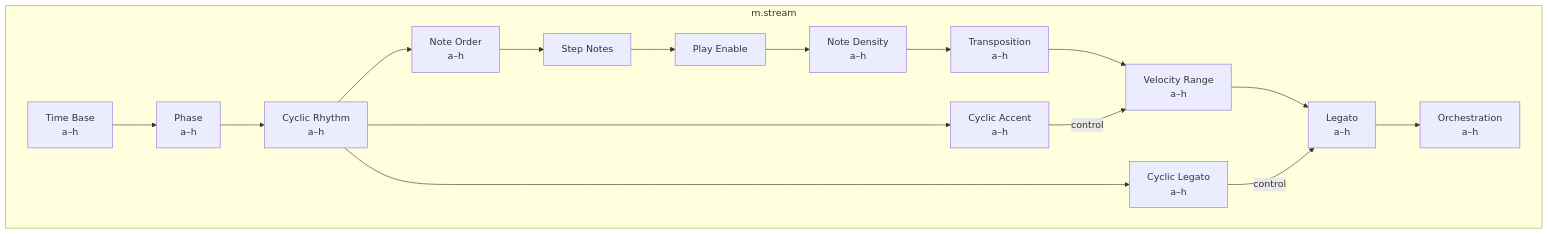
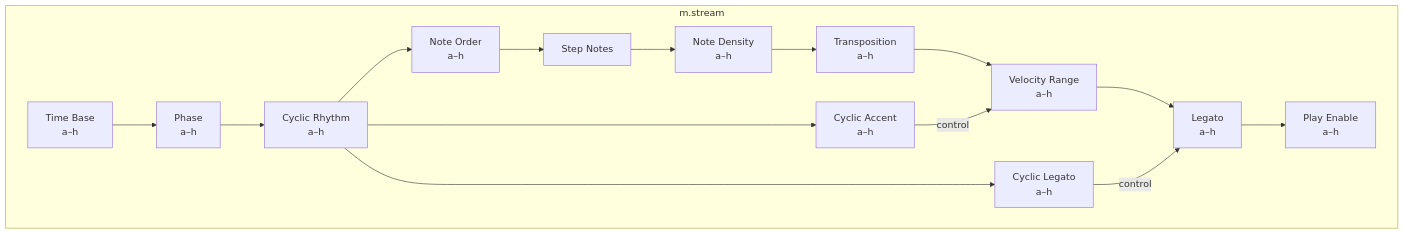
The second of 3 diagrams in MODULAR_STREAM_PLAN.md (rjvaleo/M-Clone), drawn with Mermaid before and after one commit. The commit also changed other lines of this file and 4 other files, not shown here.

````diff
--- a/MODULAR_STREAM_PLAN.md
+++ b/MODULAR_STREAM_PLAN.md
@@ -301,14 +301,14 @@
 ```mermaid
 flowchart LR
   subgraph STREAM["m.stream"]
     direction LR
     TB["Time Base<br/>a–h"] --> PH["Phase<br/>a–h"] --> CR["Cyclic Rhythm<br/>a–h"]
     CR --> NO["Note Order<br/>a–h"]
     CR --> CA["Cyclic Accent<br/>a–h"]
     CR --> CL["Cyclic Legato<br/>a–h"]
-    NO --> SN["Step Notes"] --> PE["Play Enable"] --> ND["Note Density<br/>a–h"]
-    ND --> TR["Transposition<br/>a–h"] --> VR["Velocity Range<br/>a–h"] --> LG["Legato<br/>a–h"] --> OR["Orchestration<br/>a–h"]
+    NO --> SN["Step Notes"] --> ND["Note Density<br/>a–h"]
+    ND --> TR["Transposition<br/>a–h"] --> VR["Velocity Range<br/>a–h"] --> LG["Legato<br/>a–h"] --> PE["Play Enable<br/>a–h"]
     CA -->|control| VR
     CL -->|control| LG
   end
 ```
````
